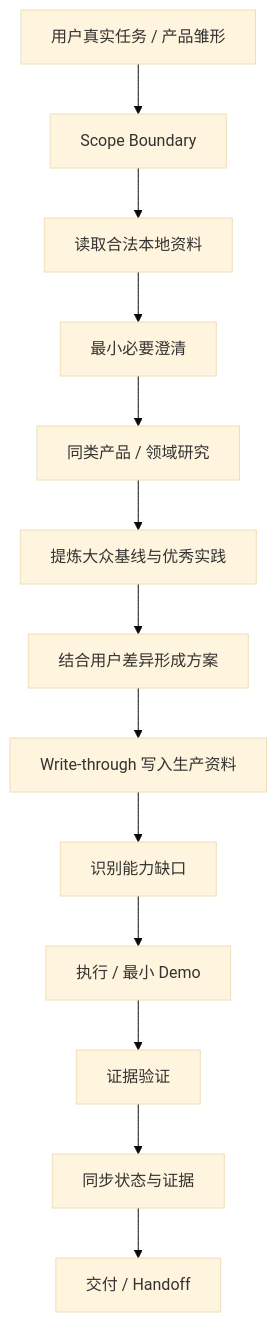
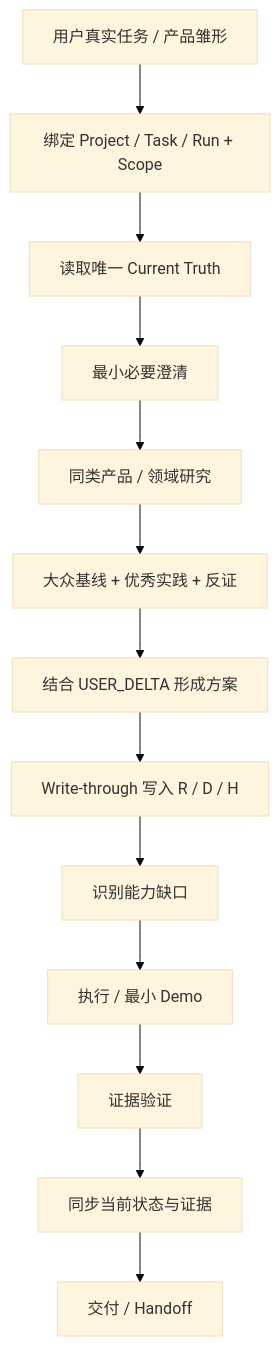
Before and after one commit to linglingling99/zhiqian-skill: the diagram in README.md, drawn with Mermaid (base theme). The commit also changed other lines of this file, not shown here.

Commit message:
docs: publish rc2 architecture and benchmark hardening

````diff
--- a/README.md
+++ b/README.md
@@ -34,15 +34,15 @@
 ```mermaid
 flowchart TD
-    A[用户真实任务 / 产品雏形] --> B[Scope Boundary]
-    B --> C[读取合法本地资料]
+    A[用户真实任务 / 产品雏形] --> B[绑定 Project / Task / Run + Scope]
+    B --> C[读取唯一 Current Truth]
     C --> D[最小必要澄清]
     D --> E[同类产品 / 领域研究]
-    E --> F[提炼大众基线与优秀实践]
-    F --> G[结合用户差异形成方案]
-    G --> H[Write-through 写入生产资料]
+    E --> F[大众基线 + 优秀实践 + 反证]
+    F --> G[结合 USER_DELTA 形成方案]
+    G --> H[Write-through 写入 R / D / H]
     H --> I[识别能力缺口]
     I --> J[执行 / 最小 Demo]
     J --> K[证据验证]
-    K --> L[同步状态与证据]
+    K --> L[同步当前状态与证据]
     L --> M[交付 / Handoff]
 ```
````
